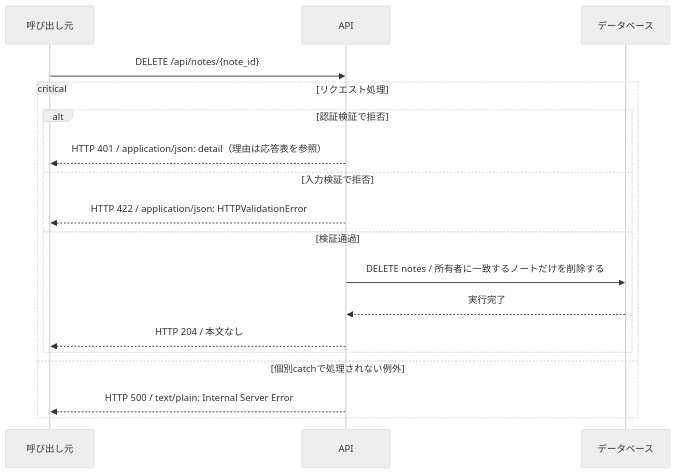
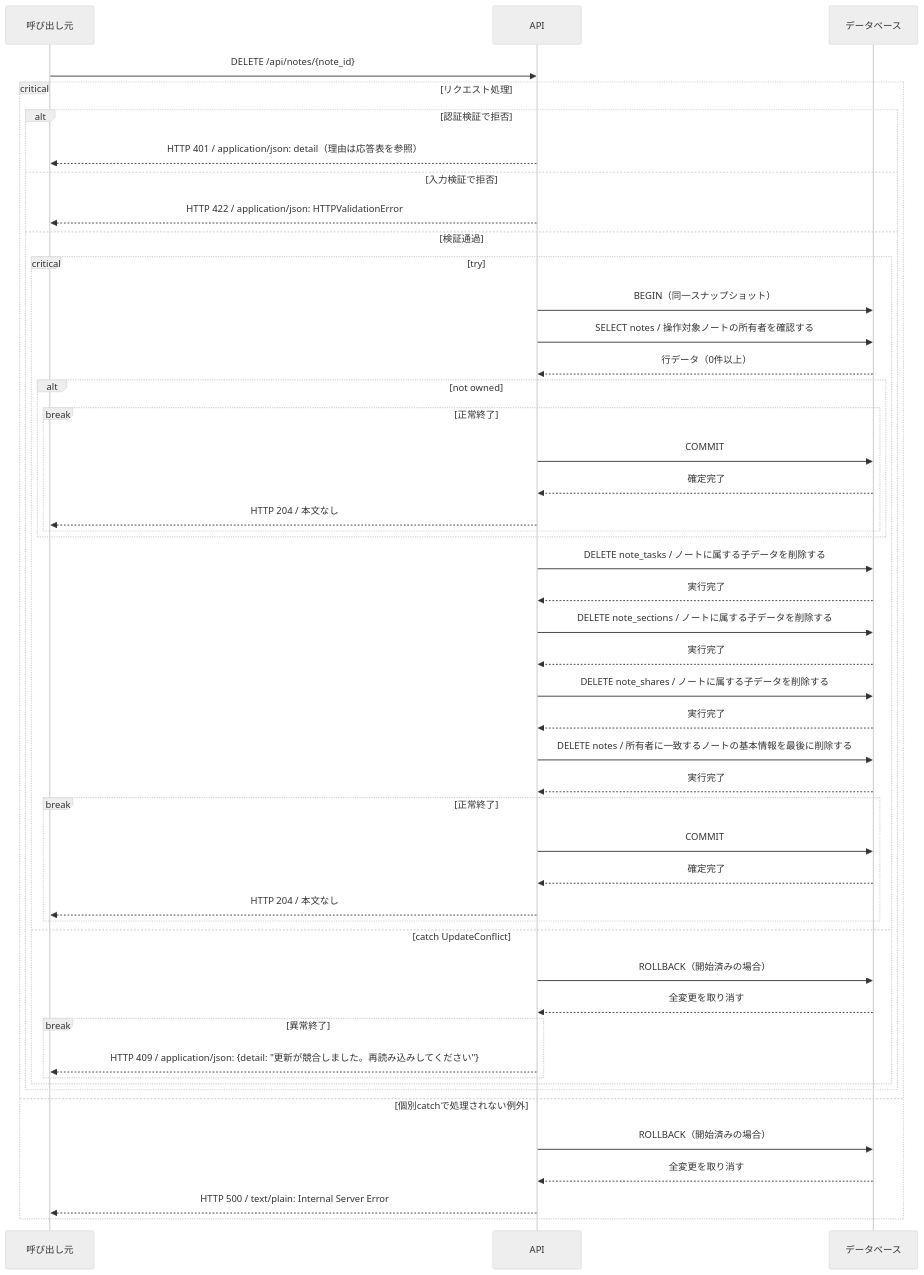
The diagram in docs/generated/apis/delete_note/sequence.gen.md (tsuji-tomonori/CornellNoteWebv2), drawn with Mermaid (neutral theme) before and after one commit. The commit also changed other lines of this file and 194 other files, not shown here.

````diff
--- a/docs/generated/apis/delete_note/sequence.gen.md
+++ b/docs/generated/apis/delete_note/sequence.gen.md
@@ -22,20 +22,50 @@
 ```mermaid
 sequenceDiagram
     participant C as 呼び出し元
     participant A as API
     participant D as データベース
     C->>A: DELETE /api/notes/{note_id}
     critical リクエスト処理
     alt 認証検証で拒否
     A-->>C: HTTP 401 / application/json: detail（理由は応答表を参照）
     else 入力検証で拒否
     A-->>C: HTTP 422 / application/json: HTTPValidationError
     else 検証通過
-    A->>D: DELETE notes / 所有者に一致するノートだけを削除する
-    D-->>A: 実行完了
+    critical try
+    A->>D: BEGIN（同一スナップショット）
+    A->>D: SELECT notes / 操作対象ノートの所有者を確認する
+    D-->>A: 行データ（0件以上）
+    alt not owned
+    break 正常終了
+    A->>D: COMMIT
+    D-->>A: 確定完了
     A-->>C: HTTP 204 / 本文なし
     end
+    end
+    A->>D: DELETE note_tasks / ノートに属する子データを削除する
+    D-->>A: 実行完了
+    A->>D: DELETE note_sections / ノートに属する子データを削除する
+    D-->>A: 実行完了
+    A->>D: DELETE note_shares / ノートに属する子データを削除する
+    D-->>A: 実行完了
+    A->>D: DELETE notes / 所有者に一致するノートの基本情報を最後に削除する
+    D-->>A: 実行完了
+    break 正常終了
+    A->>D: COMMIT
+    D-->>A: 確定完了
+    A-->>C: HTTP 204 / 本文なし
+    end
+    option catch UpdateConflict
+    A->>D: ROLLBACK（開始済みの場合）
+    D-->>A: 全変更を取り消す
+    break 異常終了
+    A-->>C: HTTP 409 / application/json: {detail: #quot;更新が競合しました。再読み込みしてください#quot;}
+    end
+    end
+    end
     option 個別catchで処理されない例外
+    A->>D: ROLLBACK（開始済みの場合）
+    D-->>A: 全変更を取り消す
     A-->>C: HTTP 500 / text/plain: Internal Server Error
     end
 ```
````
